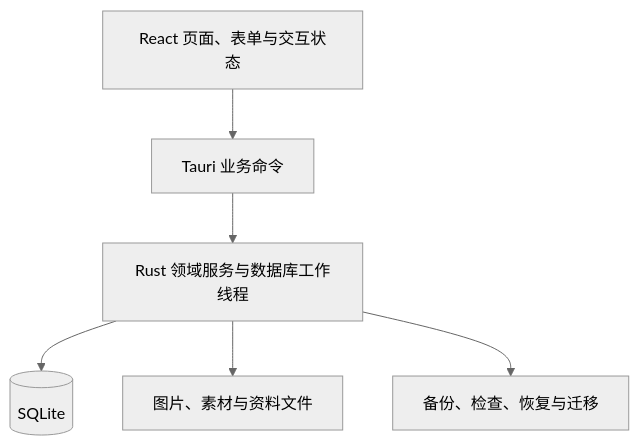
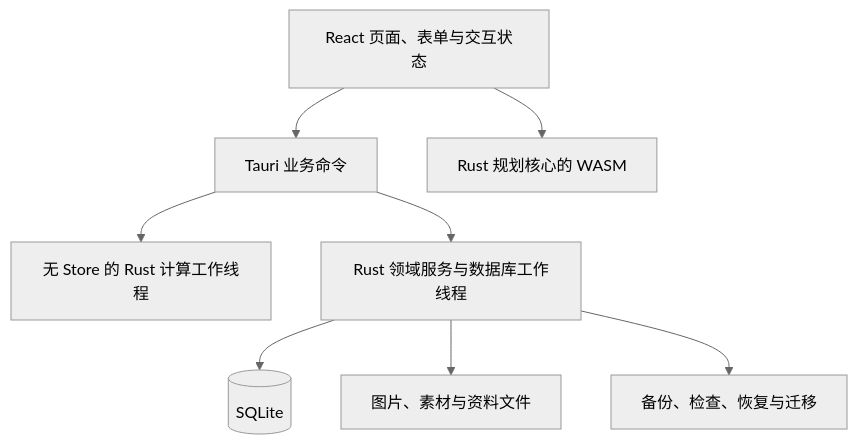
One commit to CoderJackZhu/Thingary changed the diagram in docs/ARCHITECTURE.md. Above: the diagram before and after it, drawn with Mermaid (neutral theme). The commit also changed other lines of this file and 55 other files, not shown here.

````diff
--- a/docs/ARCHITECTURE.md
+++ b/docs/ARCHITECTURE.md
@@ -15,8 +15,10 @@
 ```mermaid
 flowchart TD
     UI[React 页面、表单与交互状态] --> IPC[Tauri 业务命令]
+    UI --> WASM[Rust 规划核心的 WASM]
+    IPC --> CALC[无 Store 的 Rust 计算工作线程]
     IPC --> STORE[Rust 领域服务与数据库工作线程]
     STORE --> SQL[(SQLite)]
     STORE --> FILE[图片、素材与资料文件]
     STORE --> BACKUP[备份、检查、恢复与迁移]
 ```
````
